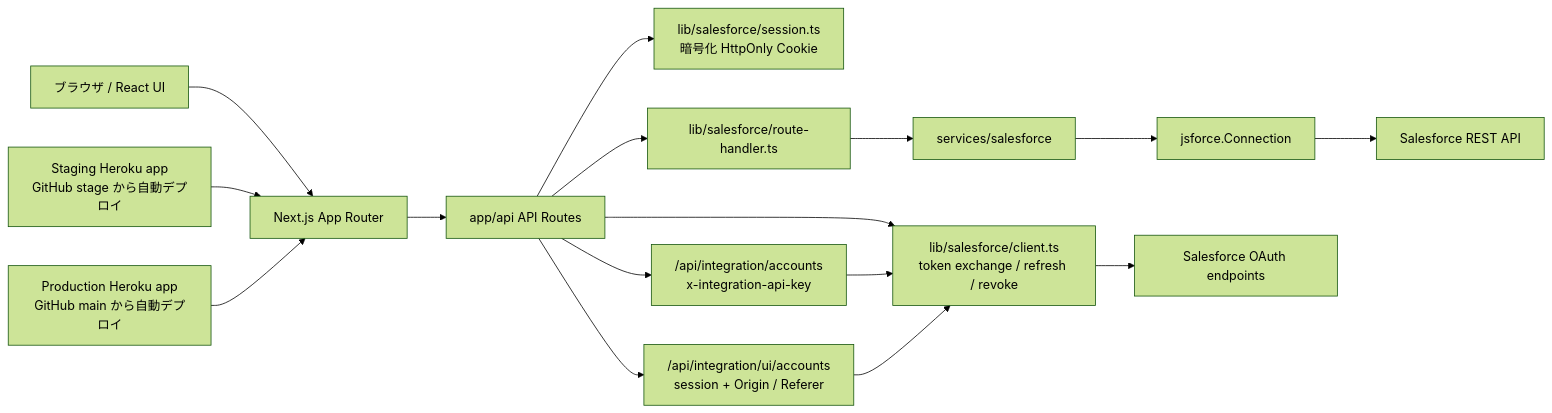
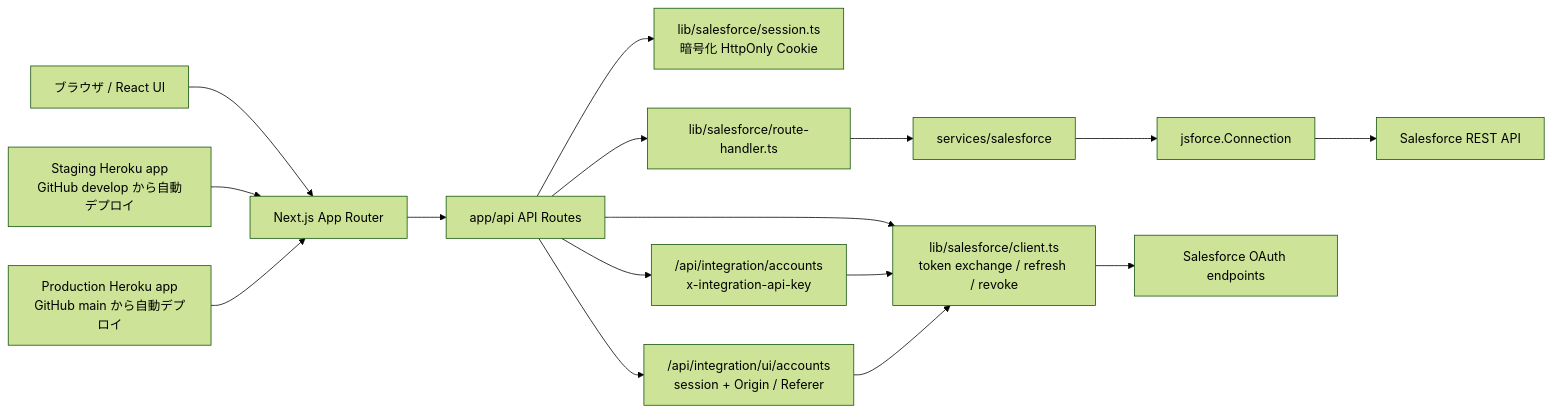
The first of 3 diagrams in docs/architecture/system-overview.md (tyoshikawa1106/salesforce-api-playground), drawn with Mermaid (forest theme) before and after one commit. The commit also changed 5 other files, not shown here.

Commit message:
docs: Git Flow 運用ルールを標準形に寄せる

````diff
--- a/docs/architecture/system-overview.md
+++ b/docs/architecture/system-overview.md
@@ -20,18 +20,18 @@
 ```mermaid
 flowchart LR
     Browser["ブラウザ / React UI"] --> App["Next.js App Router"]
     App --> Api["app/api API Routes"]
     Api --> Session["lib/salesforce/session.ts<br/>暗号化 HttpOnly Cookie"]
     Api --> RouteHandler["lib/salesforce/route-handler.ts"]
     RouteHandler --> Service["services/salesforce"]
     Service --> Jsforce["jsforce.Connection"]
     Jsforce --> Salesforce["Salesforce REST API"]
     Api --> OAuthClient["lib/salesforce/client.ts<br/>token exchange / refresh / revoke"]
     OAuthClient --> SalesforceOAuth["Salesforce OAuth endpoints"]
     Api --> IntegrationApi["/api/integration/accounts<br/>x-integration-api-key"]
     Api --> IntegrationUiApi["/api/integration/ui/accounts<br/>session + Origin / Referer"]
     IntegrationApi --> OAuthClient
     IntegrationUiApi --> OAuthClient
-    StageHeroku["Staging Heroku app<br/>GitHub stage から自動デプロイ"] --> App
+    StageHeroku["Staging Heroku app<br/>GitHub develop から自動デプロイ"] --> App
     ProductionHeroku["Production Heroku app<br/>GitHub main から自動デプロイ"] --> App
 ```
````
